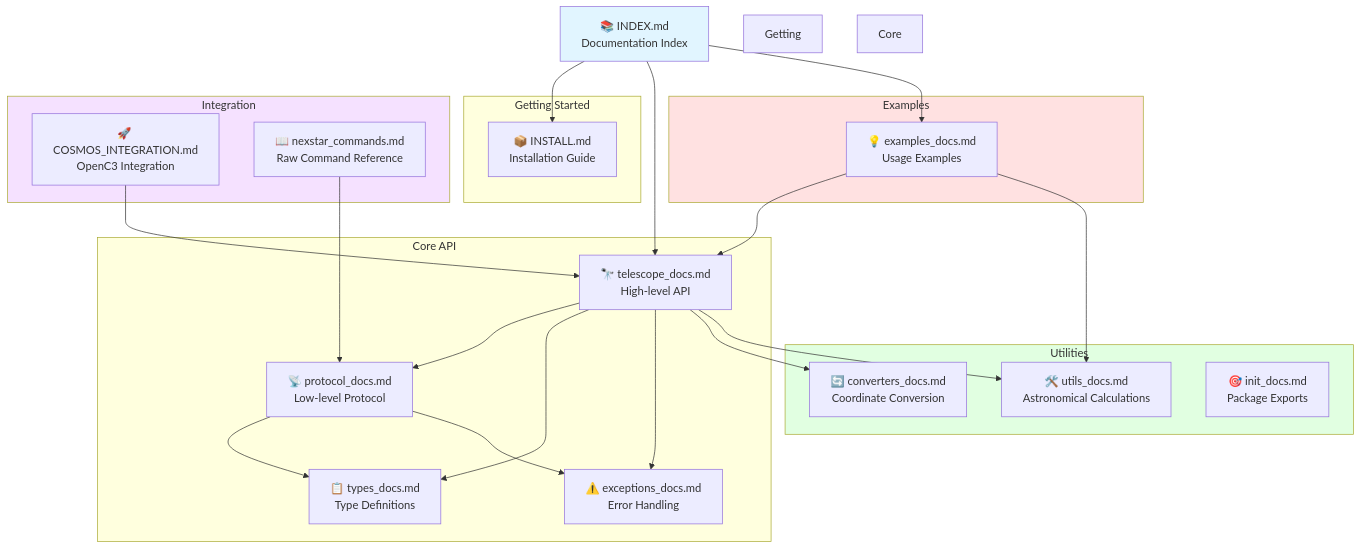
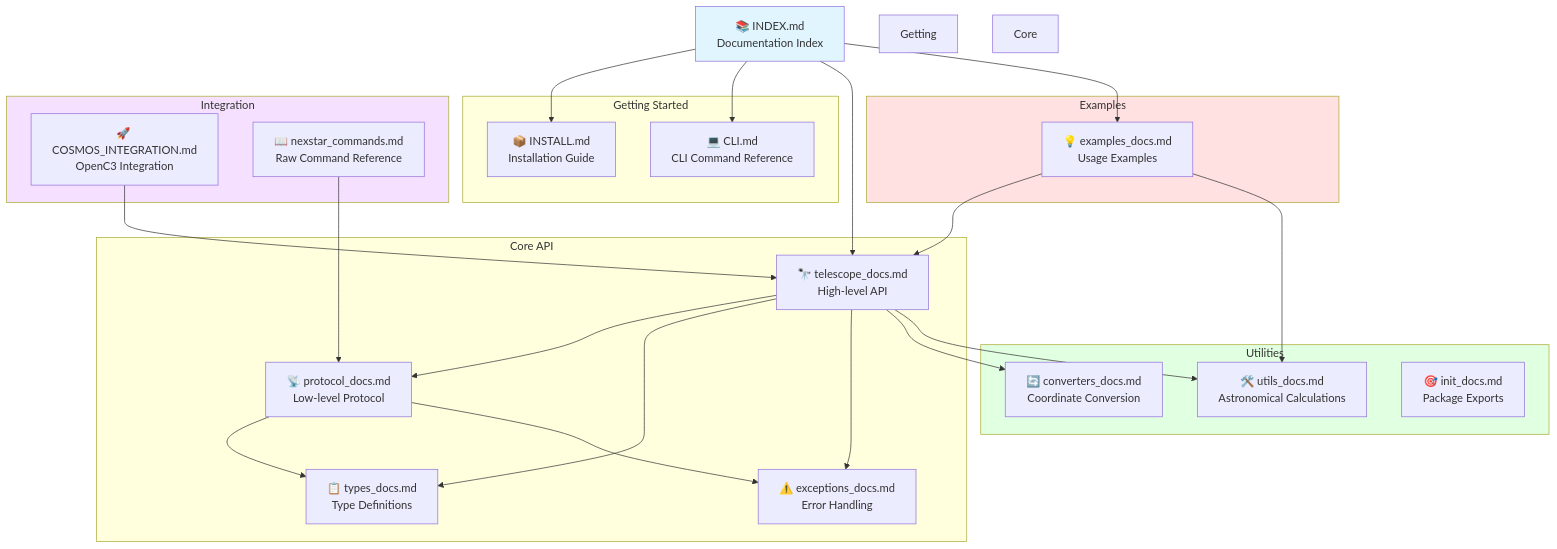
The diagram in docs/INDEX.md (mcosgriff/celestron-nexstar), drawn with Mermaid before and after one commit. The commit also changed other lines of this file and 2 other files, not shown here.

````diff
--- a/docs/INDEX.md
+++ b/docs/INDEX.md
@@ -33,57 +34,59 @@
 ```mermaid
 graph TD
     INDEX[📚 INDEX.md<br/>Documentation Index]
 
     subgraph Getting Started
         INSTALL[📦 INSTALL.md<br/>Installation Guide]
+        CLI[💻 CLI.md<br/>CLI Command Reference]
     end
 
     subgraph Core API
         TEL[🔭 telescope_docs.md<br/>High-level API]
         PROTO[📡 protocol_docs.md<br/>Low-level Protocol]
         TYPES[📋 types_docs.md<br/>Type Definitions]
         EXC[⚠️ exceptions_docs.md<br/>Error Handling]
     end
 
     subgraph Utilities
         CONV[🔄 converters_docs.md<br/>Coordinate Conversion]
         UTILS[🛠️ utils_docs.md<br/>Astronomical Calculations]
         INIT[🎯 init_docs.md<br/>Package Exports]
     end
 
     subgraph Examples
         EXAMPLES[💡 examples_docs.md<br/>Usage Examples]
     end
 
     subgraph Integration
         COSMOS[🚀 COSMOS_INTEGRATION.md<br/>OpenC3 Integration]
         COMMANDS[📖 nexstar_commands.md<br/>Raw Command Reference]
     end
 
     INDEX --> INSTALL
+    INDEX --> CLI
     INDEX --> TEL
     INDEX --> EXAMPLES
 
     TEL --> PROTO
     TEL --> TYPES
     TEL --> EXC
 
     PROTO --> TYPES
     PROTO --> EXC
 
     TEL --> CONV
     TEL --> UTILS
 
     EXAMPLES --> TEL
     EXAMPLES --> UTILS
 
     COSMOS --> TEL
     COMMANDS --> PROTO
 
     style INDEX fill:#e1f5ff
     style Getting Started fill:#fff4e1
     style Core API fill:#ffe1f5
     style Utilities fill:#e1ffe1
     style Examples fill:#ffe1e1
     style Integration fill:#f5e1ff
 ```
````
